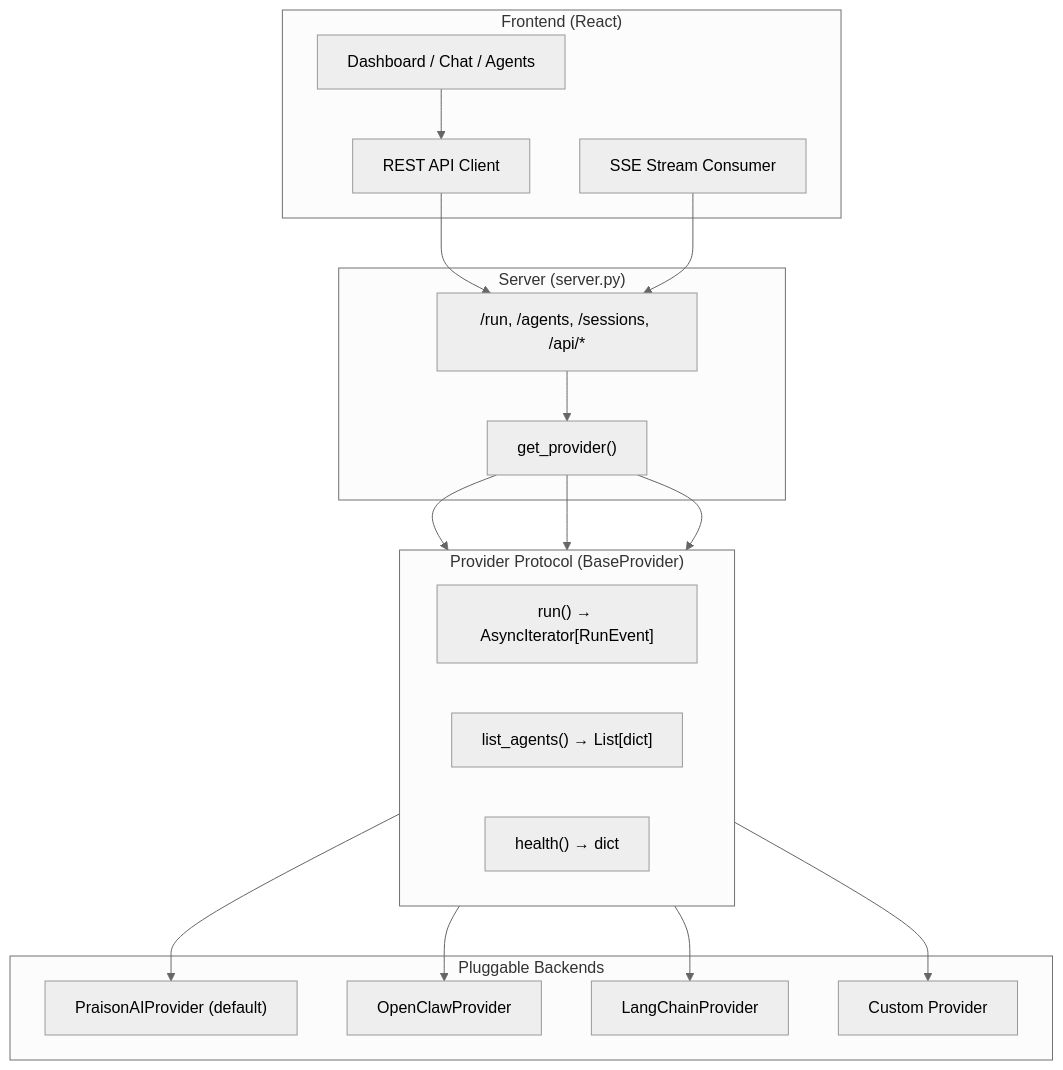
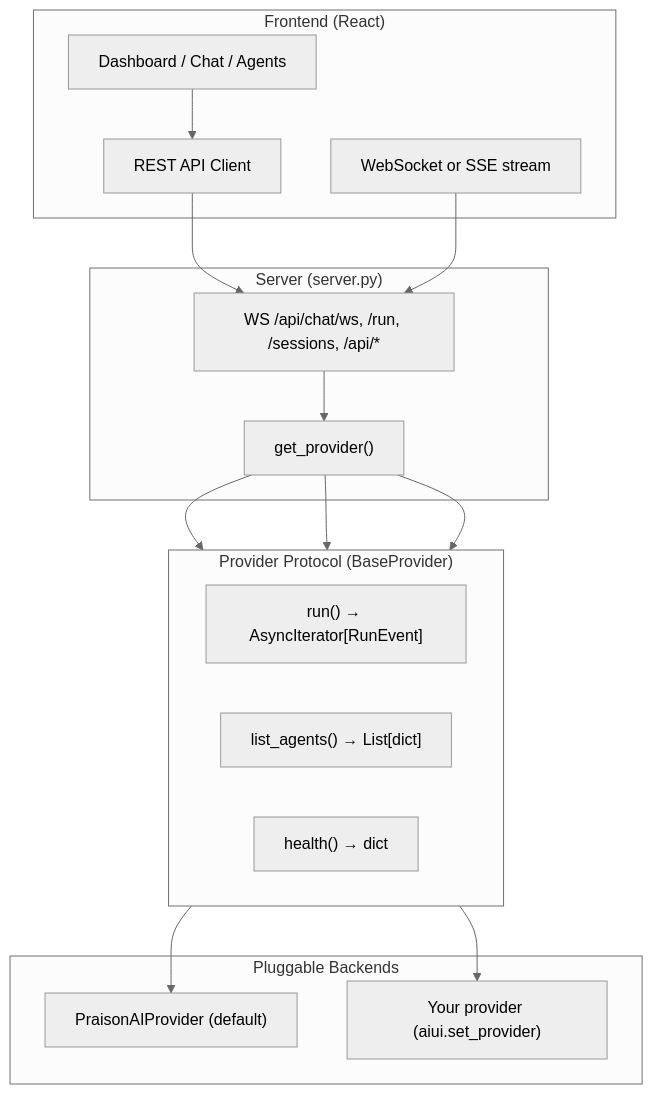
Before and after one commit to MervinPraison/PraisonAIUI: the diagram in docs/concepts/providers.md, drawn with Mermaid (neutral theme). The commit also changed other lines of this file and 7 other files, not shown here.

````diff
--- a/docs/concepts/providers.md
+++ b/docs/concepts/providers.md
@@ -7,34 +7,32 @@
 ```mermaid
 graph TD
     subgraph "Frontend (React)"
         UI["Dashboard / Chat / Agents"]
-        SSE["SSE Stream Consumer"]
+        SSE["WebSocket or SSE stream"]
         API["REST API Client"]
     end
 
     subgraph "Server (server.py)"
-        Routes["/run, /agents, /sessions, /api/*"]
+        Routes["WS /api/chat/ws, /run, /sessions, /api/*"]
         Provider["get_provider()"]
     end
 
     subgraph "Provider Protocol (BaseProvider)"
         direction LR
         Run["run() → AsyncIterator[RunEvent]"]
         List["list_agents() → List[dict]"]
         Health["health() → dict"]
     end
 
     subgraph "Pluggable Backends"
         P1["PraisonAIProvider (default)"]
-        P2["OpenClawProvider"]
-        P3["LangChainProvider"]
-        P4["Custom Provider"]
+        P4["Your provider (aiui.set_provider)"]
     end
 
     UI --> API --> Routes --> Provider
     SSE --> Routes
     Provider --> Run
     Provider --> List
     Provider --> Health
-    Run --> P1 & P2 & P3 & P4
+    Run --> P1 & P4
 ```
````
